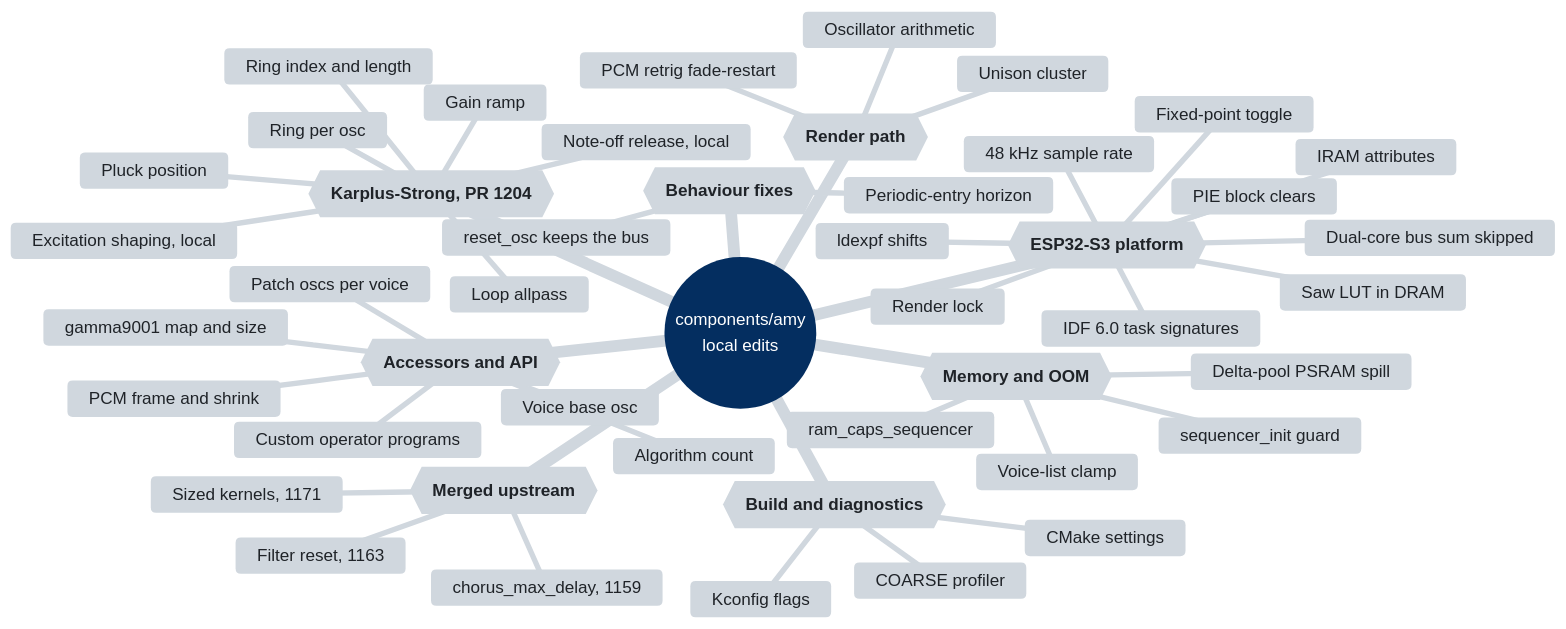
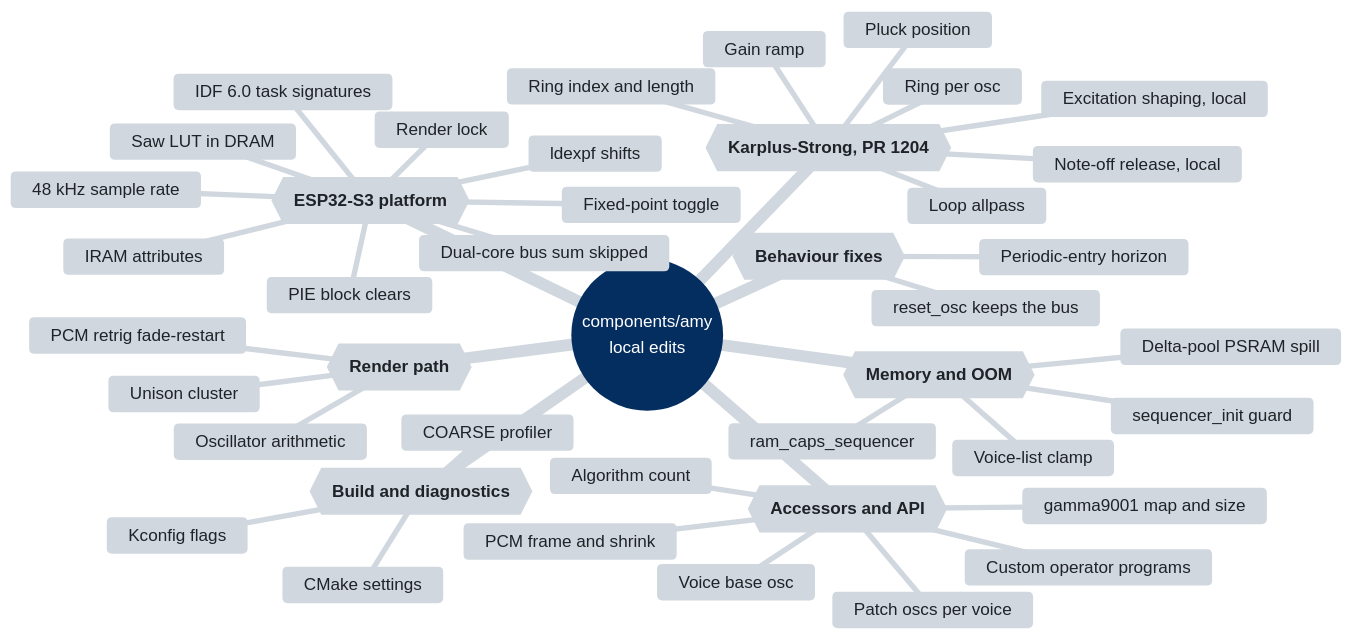
Before and after one commit to rt-rtos/S3-Amysynth: the diagram in AMY-EDITS.md, drawn with Mermaid. The commit also changed other lines of this file, not shown here.

First line of the commit message:
AMY-EDITS: merged PRs leave the active list and the overview

````diff
--- a/AMY-EDITS.md
+++ b/AMY-EDITS.md
@@ -21,61 +21,57 @@
 ```mermaid
 %%{init: {"theme": "base", "themeCSS": ".mindmap-node polygon { fill: #afb8c1 !important; }", "themeVariables": {
   "primaryColor": "#0969da", "primaryTextColor": "#ffffff", "lineColor": "#8c959f",
   "cScale0": "#d0d7de", "cScaleLabel0": "#1f2328",
   "cScale1": "#d0d7de", "cScaleLabel1": "#1f2328",
   "cScale2": "#d0d7de", "cScaleLabel2": "#1f2328",
   "cScale3": "#d0d7de", "cScaleLabel3": "#1f2328",
   "cScale4": "#d0d7de", "cScaleLabel4": "#1f2328",
   "cScale5": "#d0d7de", "cScaleLabel5": "#1f2328",
   "cScale6": "#d0d7de", "cScaleLabel6": "#1f2328",
   "cScale7": "#d0d7de", "cScaleLabel7": "#1f2328",
   "cScale8": "#d0d7de", "cScaleLabel8": "#1f2328"
 }}}%%
 mindmap
   root((components/amy<br/>local edits))
     c1{{"`**ESP32-S3 platform**`"}}
       48 kHz sample rate
       Fixed-point toggle
       ldexpf shifts
       Render lock
       PIE block clears
       IRAM attributes
       Saw LUT in DRAM
       IDF 6.0 task signatures
       Dual-core bus sum skipped
     c2{{"`**Memory and OOM**`"}}
       Delta-pool PSRAM spill
       sequencer_init guard
       ram_caps_sequencer
       Voice-list clamp
     c3{{"`**Render path**`"}}
       Oscillator arithmetic
       Unison cluster
       PCM retrig fade-restart
     c4{{"`**Karplus-Strong, PR 1204**`"}}
       Ring index and length
       Ring per osc
       Loop allpass
       Pluck position
       Gain ramp
       Excitation shaping, local
       Note-off release, local
     c5{{"`**Accessors and API**`"}}
       PCM frame and shrink
       gamma9001 map and size
       Voice base osc
       Patch oscs per voice
       Algorithm count
       Custom operator programs
     c6{{"`**Behaviour fixes**`"}}
       Periodic-entry horizon
       reset_osc keeps the bus
-    c7{{"`**Merged upstream**`"}}
-      chorus_max_delay, 1159
-      Filter reset, 1163
-      Sized kernels, 1171
-    c8{{"`**Build and diagnostics**`"}}
+    c7{{"`**Build and diagnostics**`"}}
       Kconfig flags
       CMake settings
       COARSE profiler
 ```
````
